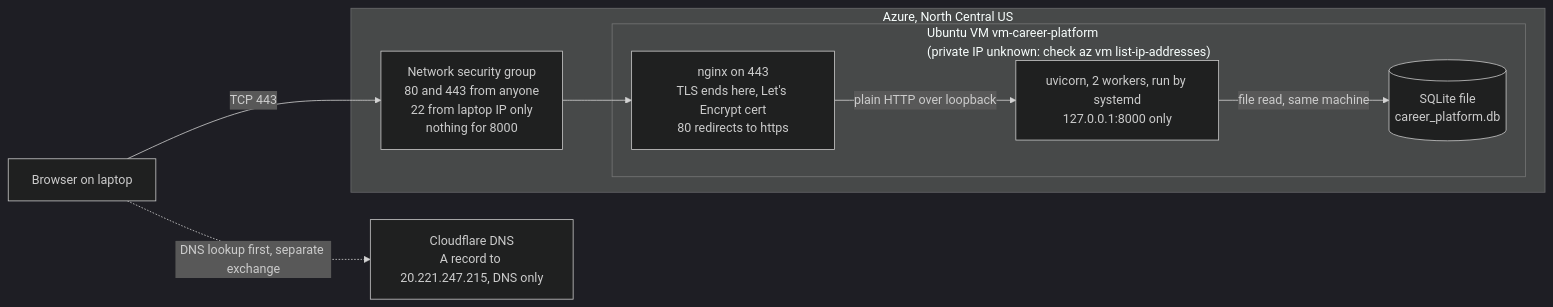
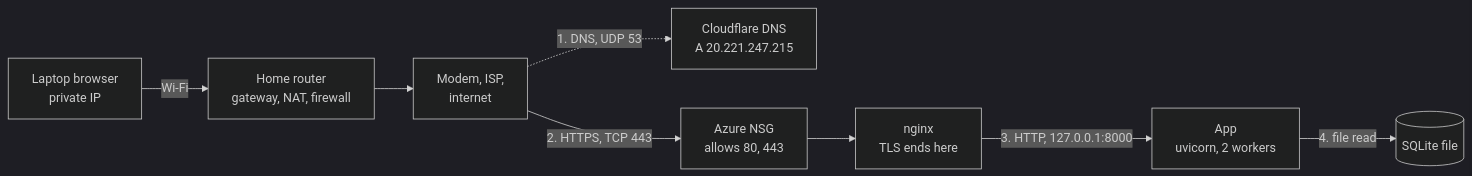
Before and after one commit to tscholzbrennan/career-platform: the second of 2 diagrams in docs/request-path-diagrams.md, drawn with Mermaid (dark theme). The commit also changed other lines of this file, not shown here.

Commit message:
docs: simplify request path diagrams to one left-to-right line per host

````diff
--- a/docs/request-path-diagrams.md
+++ b/docs/request-path-diagrams.md
@@ -70,17 +21,10 @@
 ```mermaid
 flowchart LR
-  dns["Cloudflare DNS<br/>A record to 20.221.247.215, DNS only"]
-  B["Browser on laptop"] -- "TCP 443" --> nsg
-  subgraph az["Azure, North Central US"]
-    nsg["Network security group<br/>80 and 443 from anyone<br/>22 from laptop IP only<br/>nothing for 8000"]
-    subgraph vm["Ubuntu VM vm-career-platform<br/>(private IP unknown: check az vm list-ip-addresses)"]
-      nginx["nginx on 443<br/>TLS ends here, Let's Encrypt cert<br/>80 redirects to https"]
-      uv["uvicorn, 2 workers, run by systemd<br/>127.0.0.1:8000 only"]
-      db[("SQLite file<br/>career_platform.db")]
-    end
-  end
-  B -. "DNS lookup first, separate exchange" .-> dns
-  nsg --> nginx
-  nginx -- "plain HTTP over loopback" --> uv
-  uv -- "file read, same machine" --> db
+  laptop["Laptop browser<br/>private IP"] -- "Wi-Fi" --> router["Home router<br/>gateway, NAT, firewall"]
+  router --> isp["Modem, ISP,<br/>internet"]
+  isp -. "1. DNS, UDP 53" .-> dns["Cloudflare DNS<br/>A 20.221.247.215"]
+  isp -- "2. HTTPS, TCP 443" --> nsg["Azure NSG<br/>allows 80, 443"]
+  nsg --> nginx["nginx<br/>TLS ends here"]
+  nginx -- "3. HTTP, 127.0.0.1:8000" --> app["App<br/>uvicorn, 2 workers"]
+  app -- "4. file read" --> db[("SQLite file")]
 ```
````
